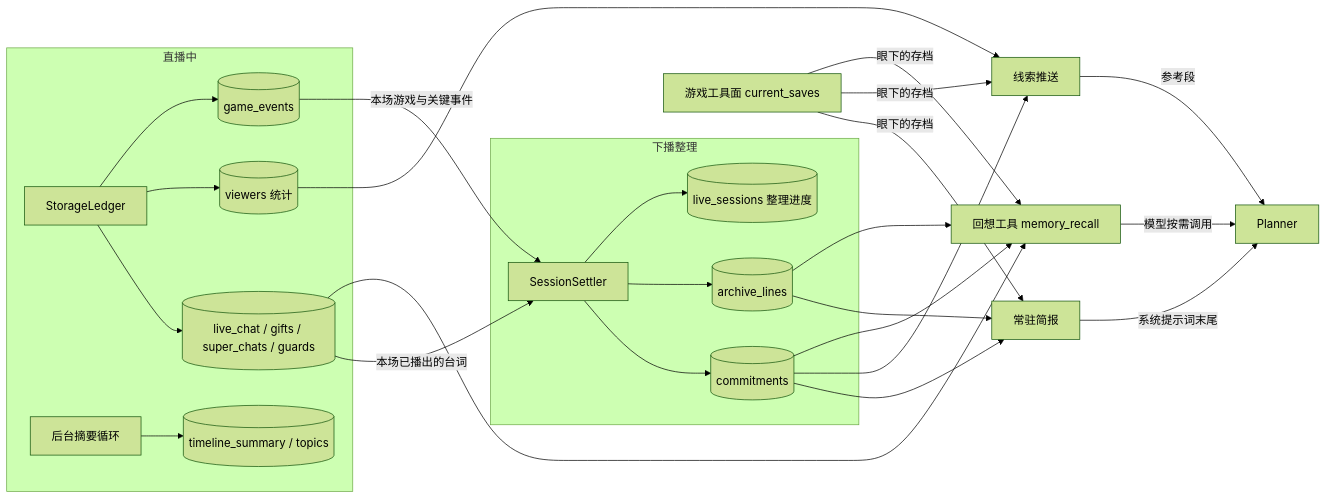
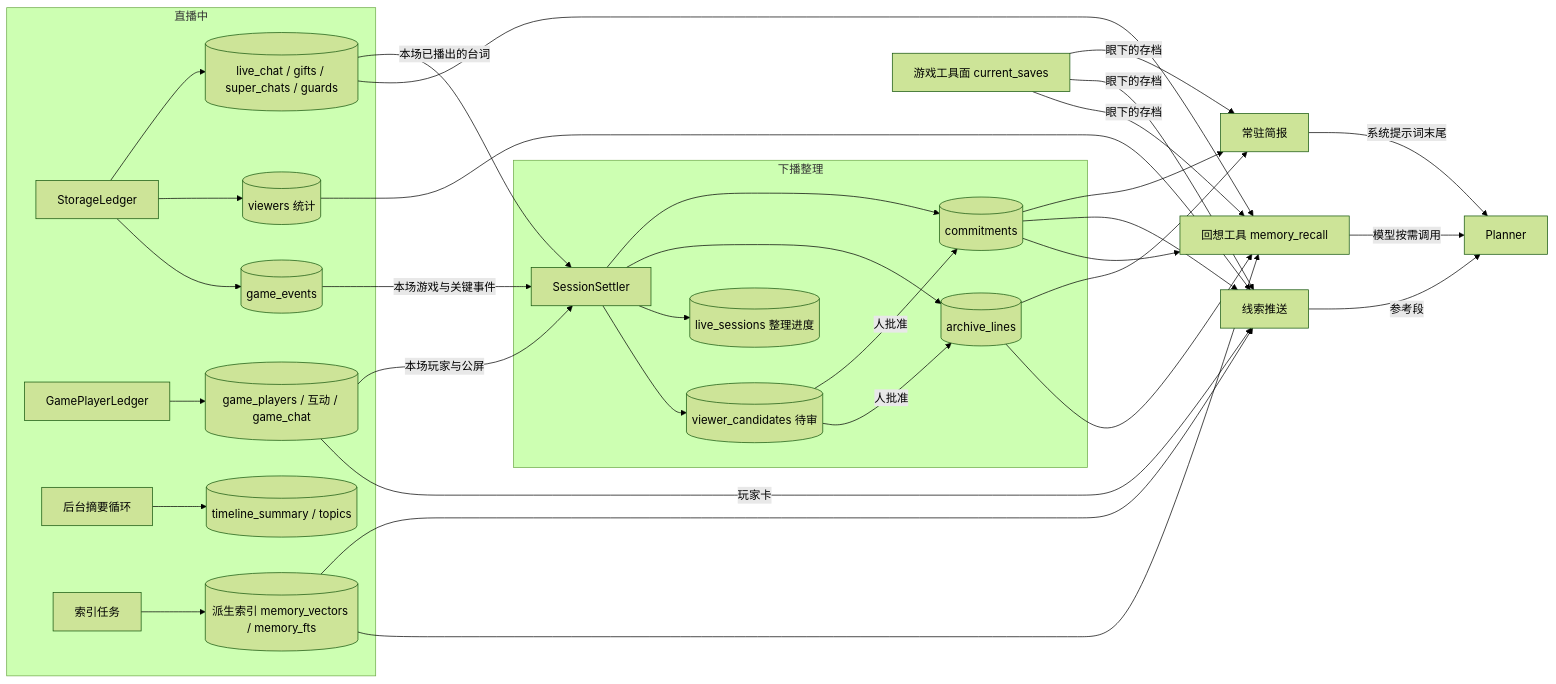
Before and after one commit to Mai-with-u/Amaidesu: the diagram in docs/architecture/streamer-memory.md, drawn with Mermaid (forest theme). The commit also changed other lines of this file and 4 other files, not shown here.

````diff
--- a/docs/architecture/streamer-memory.md
+++ b/docs/architecture/streamer-memory.md
@@ -20,29 +20,38 @@
 ```mermaid
 flowchart LR
     subgraph 直播中
         L[StorageLedger] --> D[("live_chat / gifts / super_chats / guards")]
         L --> V[("viewers 统计")]
         L --> G[(game_events)]
+        GL[GamePlayerLedger] --> GP[("game_players / 互动 / game_chat")]
         B[后台摘要循环] --> TS[("timeline_summary / topics")]
+        IX[索引任务] --> MI[("派生索引 memory_vectors / memory_fts")]
     end
     subgraph 下播整理
         S[SessionSettler] --> CM[(commitments)]
         S --> AL[(archive_lines)]
         S --> LS[(live_sessions 整理进度)]
+        S --> VC[(viewer_candidates 待审)]
     end
     D -->|本场已播出的台词| S
     G -->|本场游戏与关键事件| S
+    GP -->|本场玩家与公屏| S
+    VC -->|人批准| CM
+    VC -->|人批准| AL
+    MI --> CU
+    MI --> RC
+    GP -->|玩家卡| CU
     CM --> BR[常驻简报]
     AL --> BR
     CM --> CU[线索推送]
     T[游戏工具面 current_saves] -->|眼下的存档| BR
     T -->|眼下的存档| CU
     T -->|眼下的存档| RC
     V --> CU
     D --> RC[回想工具 memory_recall]
     CM --> RC
     AL --> RC
     BR -->|系统提示词末尾| P[Planner]
     CU -->|参考段| P
     RC -->|模型按需调用| P
 ```
````
